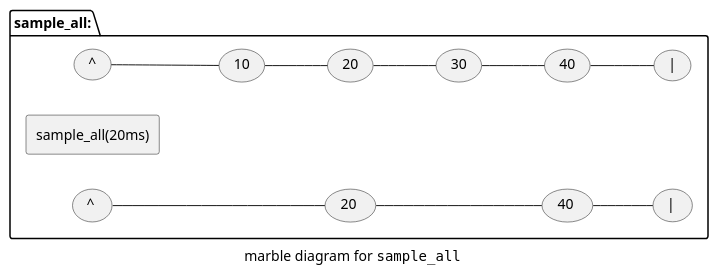
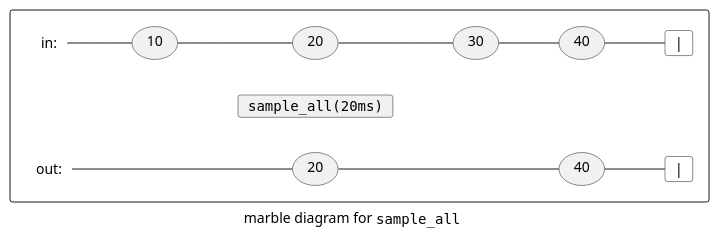
Diagram 15 of 16 in sequences.md (kirkshoop/sequence-next), drawn with PlantUML before and after one commit. The commit also changed other lines of this file, not shown here.

````diff
--- a/sequences.md
+++ b/sequences.md
@@ -616,15 +713,27 @@
 ```plantuml
 caption marble diagram for ""sample_all""
 left to right direction
-package sample_all: {
-(^) -- (10)
-(10) -- (20)
-(20) -- (30)
-(30) -- (40)
-(40) -- (|)
-rectangle ""sample_all(20ms)""
-(^ ) --- (20 )
-(20 ) --- (40 )
-(40 ) -- (| )
+rectangle {
+card iS as "in:" #transparent;line:transparent 
+usecase i10 as "10"
+usecase i20 as "20"
+usecase i30 as "30"
+usecase i40 as "40"
+card iE as "|" #transparent
+iS -- i10
+i10 -- i20
+i20 -- i30
+i30 -- i40
+i40 -- iE
+usecase anc as " " #transparent;line:transparent
+card fn as """sample_all(20ms)""" 
+anc -[hidden]-- fn
+card oS as "out:" #transparent;line:transparent
+usecase o20 as "20"
+usecase o40 as "40"
+card oE as "|" #transparent
+oS --- o20
+o20 --- o40
+o40 -- oE
 }
 ```
````
